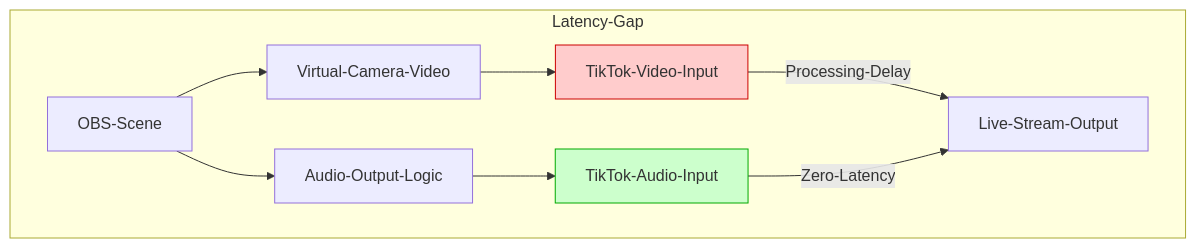
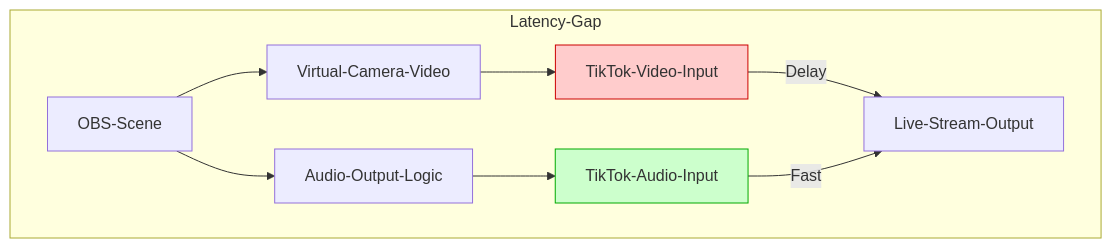
One commit to littl3-boat/ttwise changed the diagram in data/blog/obs-audio-desync-tiktok-live-fix-2026.mdx. Above: the diagram before and after it, drawn with Mermaid. The commit also changed 35 other files, not shown here.

First line of the commit message:
feat: fix Mermaid diagram syntax across blog posts and add new Reddit-sourced blog entries

````diff
--- a/data/blog/obs-audio-desync-tiktok-live-fix-2026.mdx
+++ b/data/blog/obs-audio-desync-tiktok-live-fix-2026.mdx
@@ -27,16 +27,16 @@
 ```mermaid
 flowchart TD
     subgraph Latency-Gap
         A[OBS-Scene] --> B[Virtual-Camera-Video]
         A --> C[Audio-Output-Logic]
         
         B --> D[TikTok-Video-Input]
         C --> E[TikTok-Audio-Input]
         
-        D -- Processing-Delay --> F[Live-Stream-Output]
-        E -- Zero-Latency --> F
+        D -- Delay --> F[Live-Stream-Output]
+        E -- Fast --> F
     end
     
     style D fill:#ffcccc,stroke:#cc0000
     style E fill:#ccffcc,stroke:#00aa00
 ```
````
